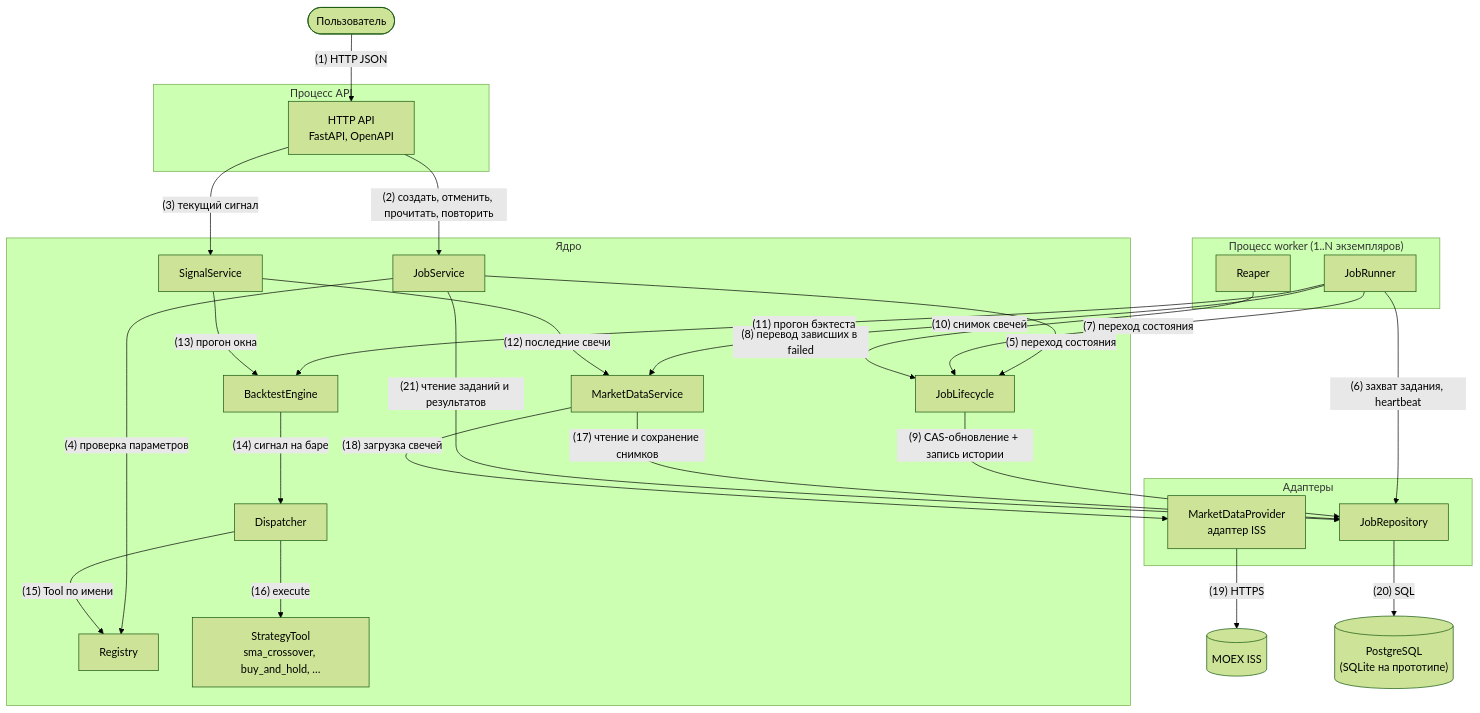
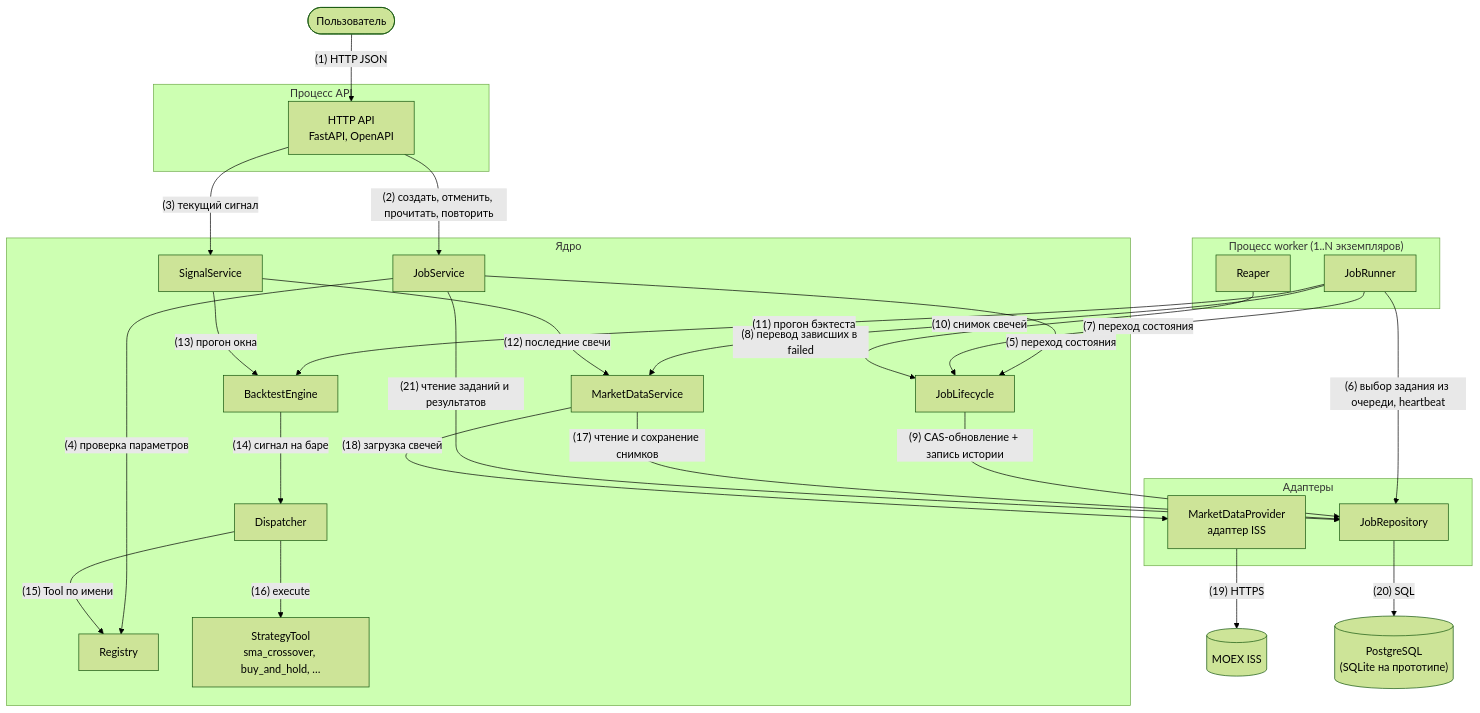
The second of 3 diagrams in docs/architecture.md (AIProgramIngeneering2026/team-gambit), drawn with Mermaid (forest theme) before and after one commit. The commit also changed other lines of this file and 1 other file, not shown here.

````diff
--- a/docs/architecture.md
+++ b/docs/architecture.md
@@ -34,53 +34,53 @@
 ```mermaid
 flowchart TB
     user(["Пользователь"])
     iss[("MOEX ISS")]
     db[("PostgreSQL<br/>(SQLite на прототипе)")]
 
     subgraph apiProc ["Процесс API"]
         http["HTTP API<br/>FastAPI, OpenAPI"]
     end
 
     subgraph workerProc ["Процесс worker (1..N экземпляров)"]
         runner["JobRunner"]
         reaper["Reaper"]
     end
 
     subgraph core ["Ядро"]
         jobs["JobService"]
         lifecycle["JobLifecycle"]
         signal["SignalService"]
         engine["BacktestEngine"]
         dispatcher["Dispatcher"]
         registry["Registry"]
         tools["StrategyTool<br/>sma_crossover, buy_and_hold, …"]
         market["MarketDataService"]
     end
 
     subgraph adapters ["Адаптеры"]
         repo["JobRepository"]
         provider["MarketDataProvider<br/>адаптер ISS"]
     end
 
     user -->|"(1) HTTP JSON"| http
     http -->|"(2) создать, отменить, прочитать, повторить"| jobs
     http -->|"(3) текущий сигнал"| signal
     jobs -->|"(4) проверка параметров"| registry
     jobs -->|"(5) переход состояния"| lifecycle
-    runner -->|"(6) захват задания, heartbeat"| repo
+    runner -->|"(6) выбор задания из очереди, heartbeat"| repo
     runner -->|"(7) переход состояния"| lifecycle
     reaper -->|"(8) перевод зависших в failed"| lifecycle
     lifecycle -->|"(9) CAS-обновление + запись истории"| repo
     runner -->|"(10) снимок свечей"| market
     runner -->|"(11) прогон бэктеста"| engine
     signal -->|"(12) последние свечи"| market
     signal -->|"(13) прогон окна"| engine
     engine -->|"(14) сигнал на баре"| dispatcher
     dispatcher -->|"(15) Tool по имени"| registry
     dispatcher -->|"(16) execute"| tools
     market -->|"(17) чтение и сохранение снимков"| repo
     market -->|"(18) загрузка свечей"| provider
     provider -->|"(19) HTTPS"| iss
     repo -->|"(20) SQL"| db
     jobs -->|"(21) чтение заданий и результатов"| repo
 ```
````
